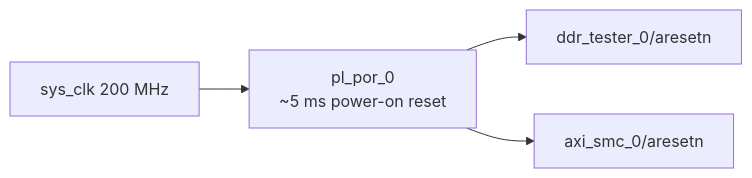
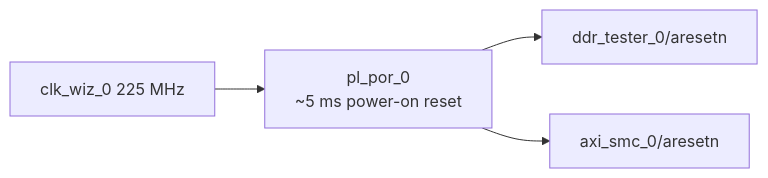
The fourth of 8 diagrams in README.md (RESBI/ZU4EV-PL-to-PS-DDR-TEST), drawn with Mermaid before and after one commit. The commit also changed other lines of this file and 7 other files, not shown here.

````diff
--- a/README.md
+++ b/README.md
@@ -476,6 +493,6 @@
 ```mermaid
 flowchart LR
-    SysClk[sys_clk 200 MHz] --> PlPor[pl_por_0<br/>~5 ms power-on reset]
+    Mmcm[clk_wiz_0 225 MHz] --> PlPor[pl_por_0<br/>~5 ms power-on reset]
     PlPor --> TesterReset[ddr_tester_0/aresetn]
     PlPor --> SmcReset[axi_smc_0/aresetn]
 ```
````
